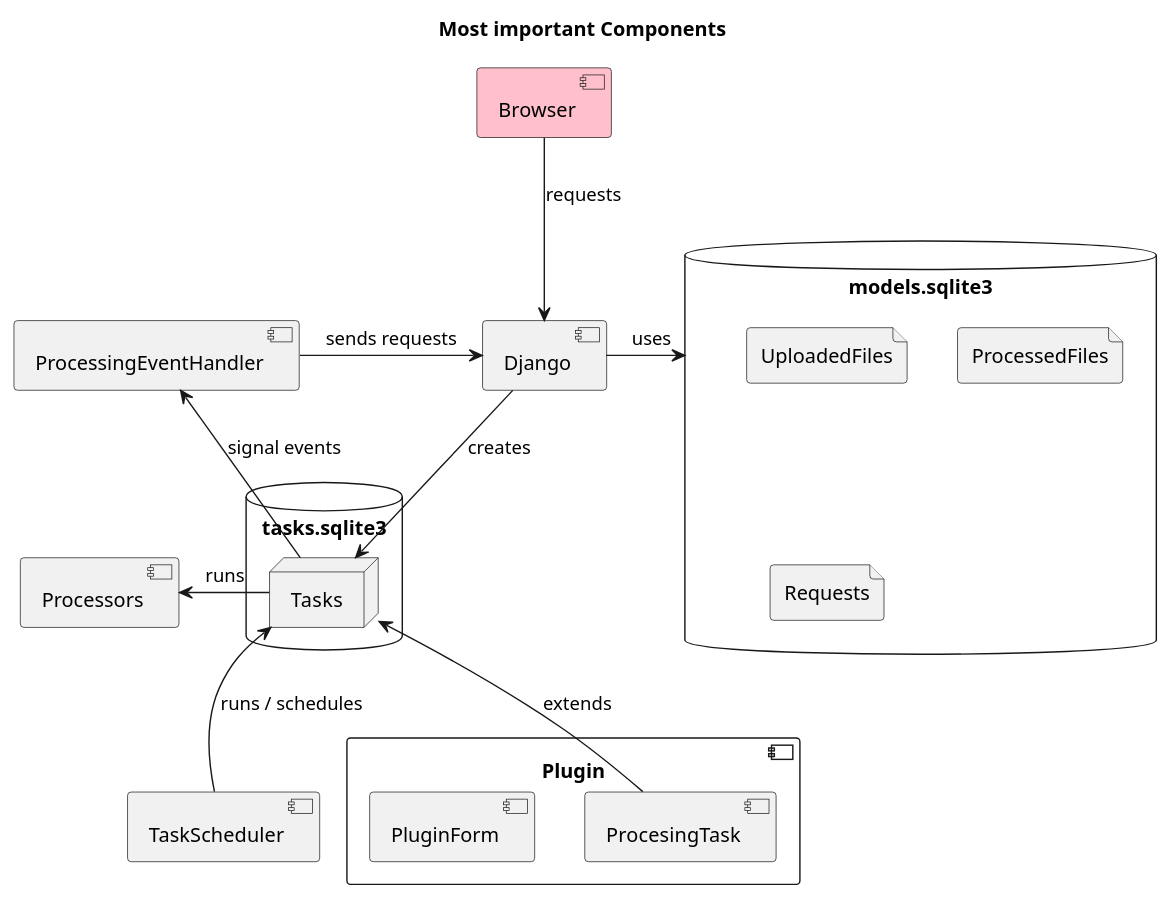
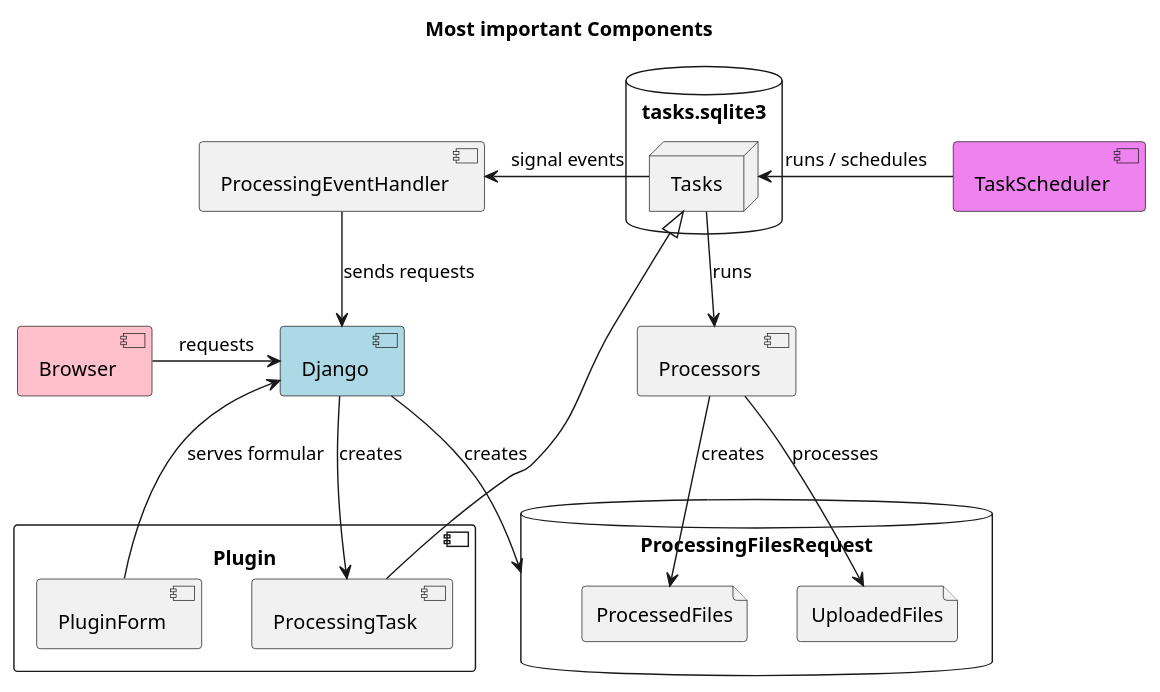
Before and after one commit to pIlIp-d/PDF-Compressor: the diagram in documentation/components.puml, drawn with PlantUML.

Commit message:
updated components diagram

```diff
--- a/documentation/components.puml
+++ b/documentation/components.puml
@@ -1,31 +1,32 @@
 @startuml
 
     title Most important Components
     component Browser #pink
-    component Django
-    database models.sqlite3{
+    component Django #lightblue
+    component TaskScheduler #violet
+    component Processors
+    database ProcessingFilesRequest{
+        file ProcessedFiles
         file UploadedFiles
-        file ProcessedFiles
-        file Requests
     }
-    Django -> models.sqlite3: uses
-
+    component Plugin {
+        component ProcessingTask
+        component PluginForm
+    }
     database tasks.sqlite3 {
         node Tasks
     }
-    Browser -down-> Django: requests
-    component TaskScheduler
-    TaskScheduler -up-> Tasks: runs / schedules
+
+    Django -down-> ProcessingFilesRequest: creates
+    Browser -right-> Django: requests
+    TaskScheduler -> Tasks: runs / schedules
     Tasks --> [ProcessingEventHandler]: signal events
-    ProcessingEventHandler -right-> Django: sends requests
+    ProcessingEventHandler --> Django: sends requests
 
-    component Plugin {
-        component ProcesingTask
-        component PluginForm
-    }
-    ProcesingTask -up-> Tasks: extends
-    component Processors
-    Tasks -left-> Processors: runs
-    Django --> Tasks: creates
-
+    ProcessingTask -down-|> Tasks
+    Tasks --> Processors: runs
+    Django -down-> ProcessingTask: creates
+    PluginForm -up-> Django: serves formular
+    Processors --> UploadedFiles: processes
+    Processors -> ProcessedFiles: creates
 @enduml
```
